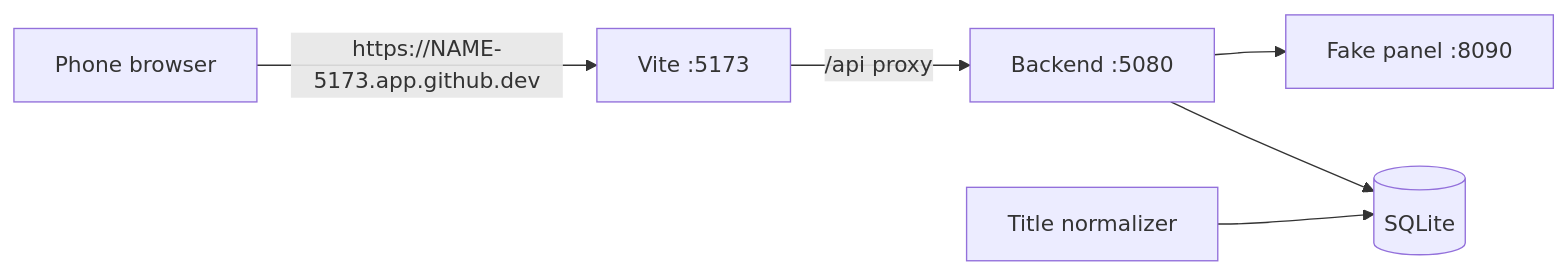
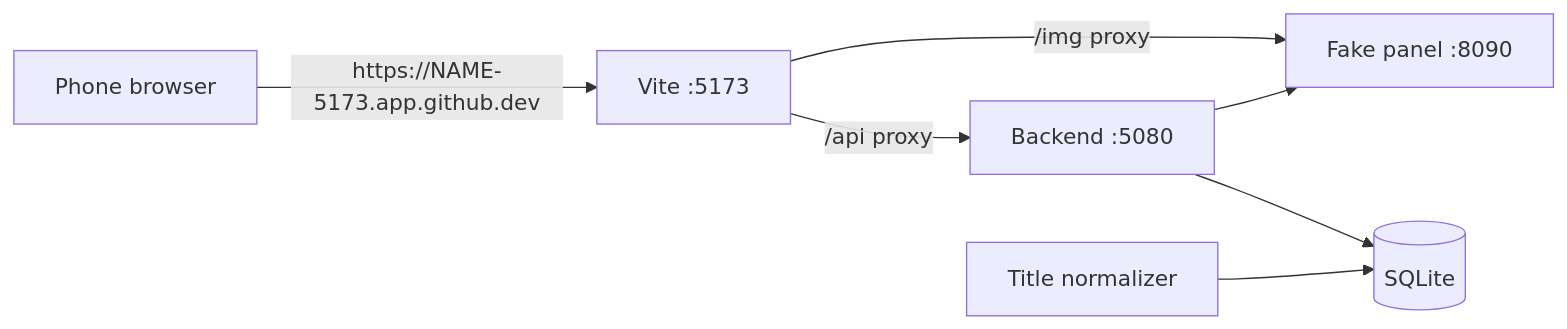
Before and after one commit to brunoccst/iptv-player: the diagram in .devcontainer/README.md, drawn with Mermaid. The commit also changed other lines of this file and 6 other files, not shown here.

````diff
--- a/.devcontainer/README.md
+++ b/.devcontainer/README.md
@@ -11,8 +11,9 @@
 ```mermaid
 flowchart LR
   PHONE[Phone browser] -->|https://NAME-5173.app.github.dev| VITE[Vite :5173]
   VITE -->|/api proxy| API[Backend :5080]
+  VITE -->|/img proxy| PANEL
   API --> PANEL[Fake panel :8090]
   API --> DB[(SQLite)]
   WORKER[Title normalizer] --> DB
 ```
````
